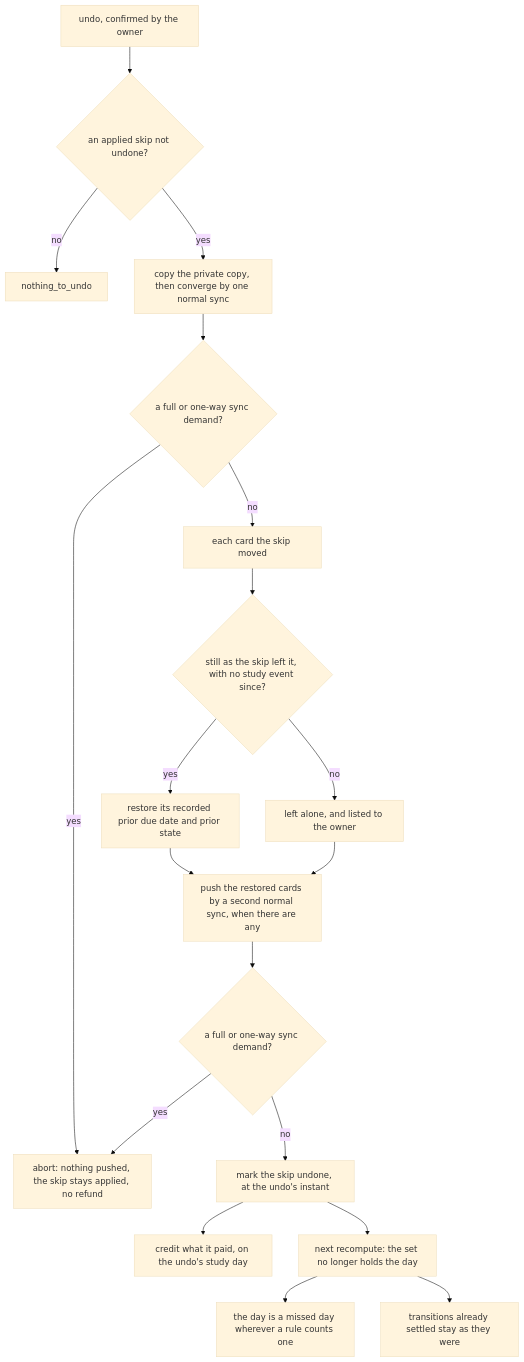
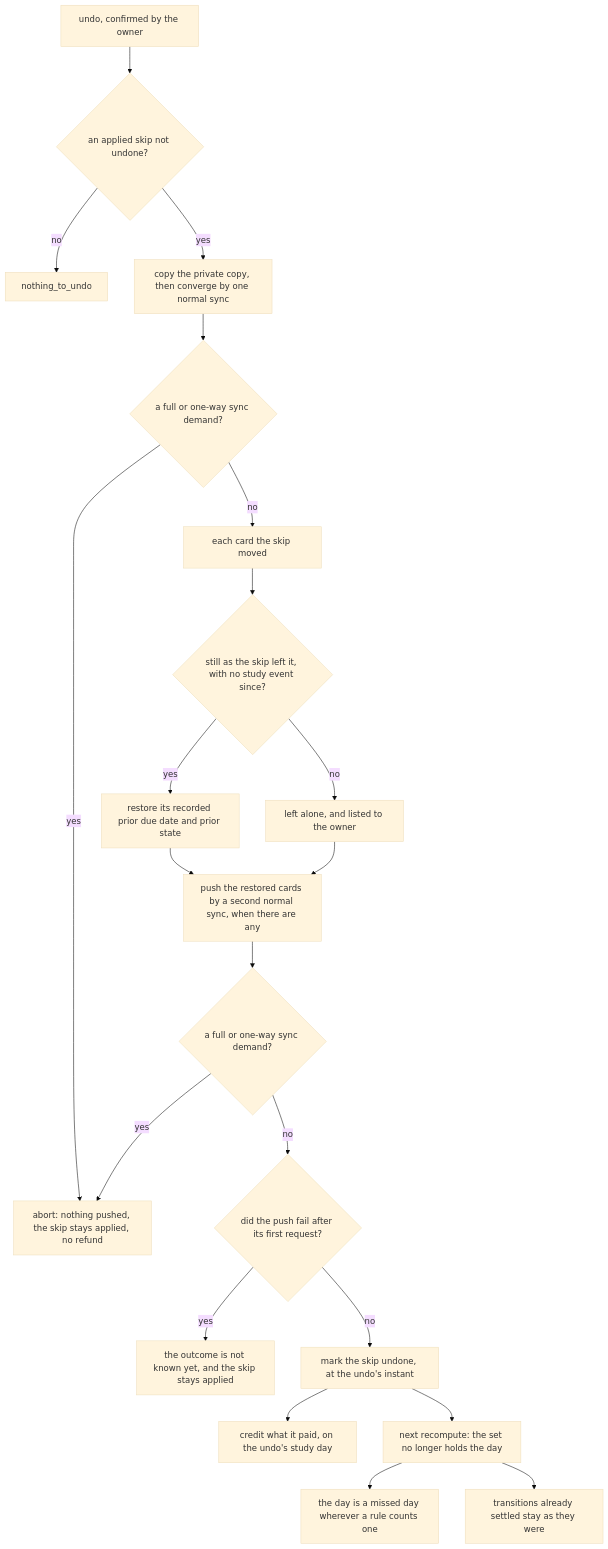
The fourth of 4 diagrams in docs/schematics/skip-day-record-and-effects.md (RexRenatus/deck-streak), drawn with Mermaid (base theme) before and after one commit. The commit also changed other lines of this file, not shown here.

First line of the commit message:
docs(schematic): show the settings a push carries and a lost answer

````diff
--- a/docs/schematics/skip-day-record-and-effects.md
+++ b/docs/schematics/skip-day-record-and-effects.md
@@ -90,21 +97,23 @@
 ```mermaid
 flowchart TD
   undo["undo, confirmed by the owner"] --> latest{"an applied skip not undone?"}
   latest -- "no" --> none["nothing_to_undo"]
   latest -- "yes" --> conv["copy the private copy, then converge by one normal sync"]
   conv --> full1{"a full or one-way sync demand?"}
   full1 -- "yes" --> abort["abort: nothing pushed, the skip stays applied, no refund"]
   full1 -- "no" --> each["each card the skip moved"]
   each --> same{"still as the skip left it, with no study event since?"}
   same -- "no" --> listed["left alone, and listed to the owner"]
   same -- "yes" --> restore["restore its recorded prior due date and prior state"]
   restore --> push["push the restored cards by a second normal sync, when there are any"]
   listed --> push
   push --> full2{"a full or one-way sync demand?"}
   full2 -- "yes" --> abort
-  full2 -- "no" --> mark["mark the skip undone, at the undo's instant"]
+  full2 -- "no" --> lost{"did the push fail after its first request?"}
+  lost -- "yes" --> unknown["the outcome is not known yet, and the skip stays applied"]
+  lost -- "no" --> mark["mark the skip undone, at the undo's instant"]
   mark --> refund["credit what it paid, on the undo's study day"]
   mark --> next["next recompute: the set no longer holds the day"]
   next --> miss["the day is a missed day wherever a rule counts one"]
   next --> kept["transitions already settled stay as they were"]
 ```
````
